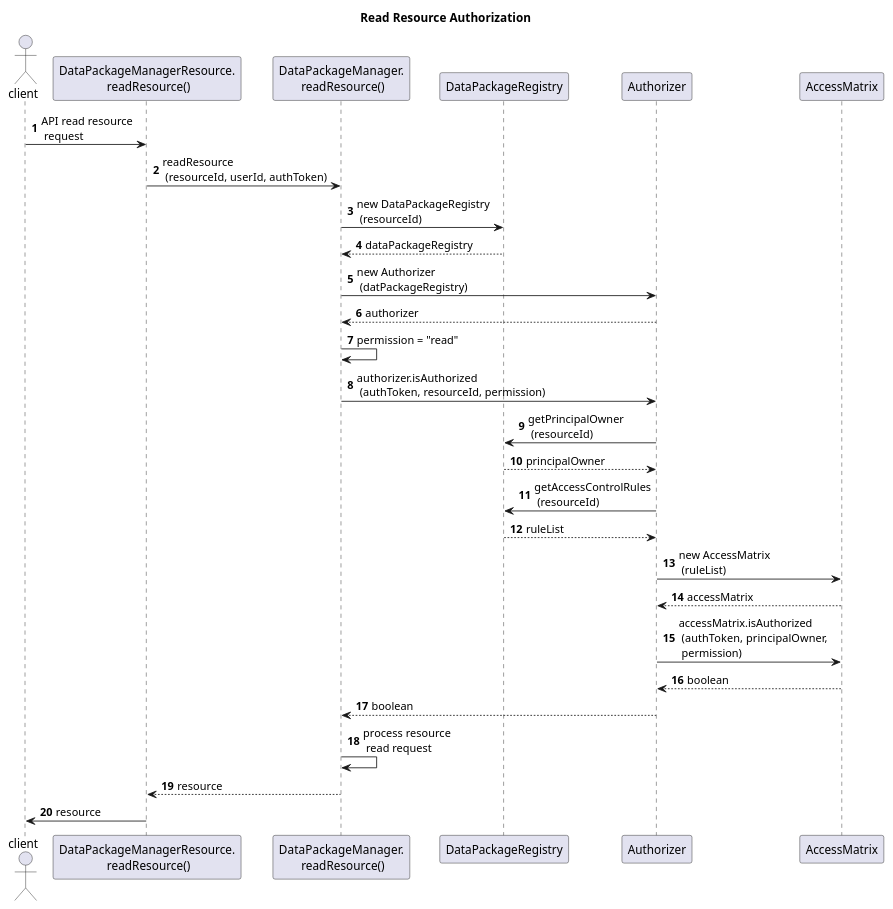
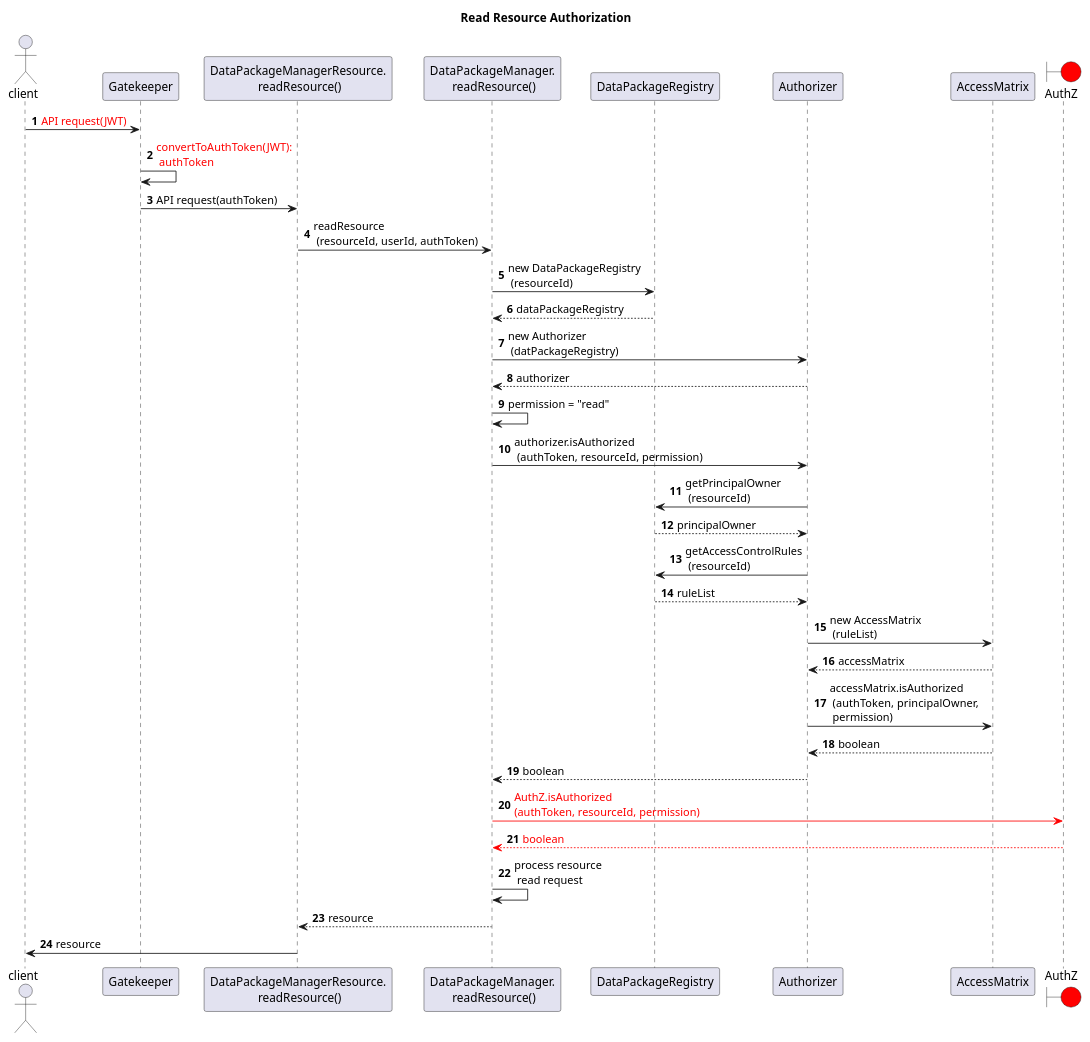
One commit to PASTAplus/PASTA changed the diagram in DataPackageManager/documents/readResourceAuthorization.puml. Above: the diagram before and after it, drawn with PlantUML. The commit also changed 2 other files, not shown here.

Commit message:
Update UML diagrams; add dataPackageLifeCycleAuthorization.puml

```diff
--- a/DataPackageManager/documents/readResourceAuthorization.puml
+++ b/DataPackageManager/documents/readResourceAuthorization.puml
@@ -1,35 +1,41 @@
 @startuml
 'https://plantuml.com/sequence-diagram
 
 title Read Resource Authorization
 
 actor client
+participant Gatekeeper
 participant DPMR as "DataPackageManagerResource.\n readResource()"
 participant DPM as "DataPackageManager.\n readResource()"
 participant DPR as "DataPackageRegistry"
 participant Authorizer
 participant AccessMatrix
+boundary AuthZ #red
 
 autonumber
 
-client->DPMR: API read resource\n request
+client->Gatekeeper: <font color=red>API request(JWT)
+Gatekeeper->Gatekeeper: <font color=red>convertToAuthToken(JWT):\n <font color=red>authToken
+Gatekeeper->DPMR: API request(authToken)
 DPMR->DPM: readResource\n (resourceId, userId, authToken)
 DPM->DPR: new DataPackageRegistry\n (resourceId)
 DPR-->DPM: dataPackageRegistry
 DPM->Authorizer: new Authorizer\n (datPackageRegistry)
 Authorizer-->DPM: authorizer
 DPM->DPM: permission = "read"
 DPM->Authorizer: authorizer.isAuthorized\n (authToken, resourceId, permission)
 Authorizer->DPR: getPrincipalOwner\n (resourceId)
 DPR-->Authorizer: principalOwner
 Authorizer->DPR: getAccessControlRules\n (resourceId)
 DPR-->Authorizer: ruleList
 Authorizer->AccessMatrix: new AccessMatrix\n (ruleList)
 AccessMatrix-->Authorizer: accessMatrix
 Authorizer->AccessMatrix: accessMatrix.isAuthorized\n (authToken, principalOwner,\n permission)
 AccessMatrix-->Authorizer: boolean
 Authorizer-->DPM: boolean
+DPM[#red]->AuthZ: <font color=red>AuthZ.isAuthorized\n<font color=red>(authToken, resourceId, permission)
+AuthZ[#red]-->DPM: <font color=red>boolean
 DPM->DPM: process resource\n read request
 DPM-->DPMR: resource
 DPMR->client: resource
 @enduml
```
